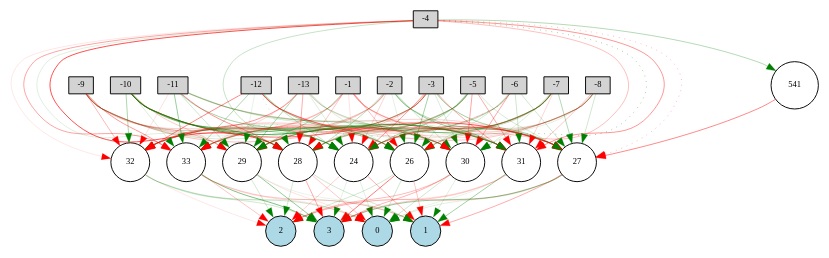
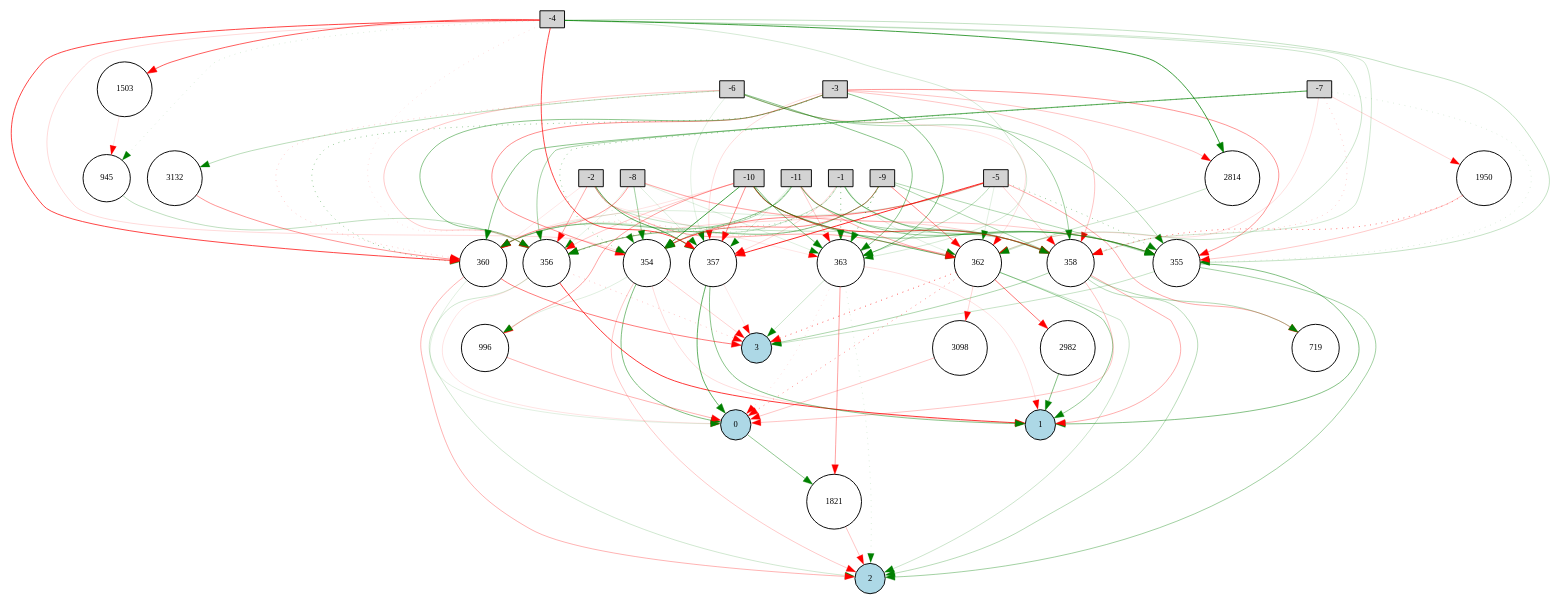
One commit to The-lYNCAN/neat-snake changed the diagram in output_viz/Digraph.gv. Above: the diagram before and after it, drawn with Graphviz. The commit also changed 22 other files, not shown here.

```diff
--- a/output_viz/Digraph.gv
+++ b/output_viz/Digraph.gv
@@ -11,175 +11,160 @@
 	-9 [fillcolor=lightgray shape=box style=filled]
 	-10 [fillcolor=lightgray shape=box style=filled]
 	-11 [fillcolor=lightgray shape=box style=filled]
-	-12 [fillcolor=lightgray shape=box style=filled]
-	-13 [fillcolor=lightgray shape=box style=filled]
 	0 [fillcolor=lightblue style=filled]
 	1 [fillcolor=lightblue style=filled]
 	2 [fillcolor=lightblue style=filled]
 	3 [fillcolor=lightblue style=filled]
-	32 [fillcolor=white style=filled]
-	33 [fillcolor=white style=filled]
-	541 [fillcolor=white style=filled]
-	24 [fillcolor=white style=filled]
-	26 [fillcolor=white style=filled]
-	27 [fillcolor=white style=filled]
-	28 [fillcolor=white style=filled]
-	29 [fillcolor=white style=filled]
-	30 [fillcolor=white style=filled]
-	31 [fillcolor=white style=filled]
-	-1 -> 24 [color=red penwidth=0.12858463529090838 style=solid]
-	-1 -> 26 [color=red penwidth=0.277647721531621 style=solid]
-	-1 -> 27 [color=red penwidth=0.2537661466646479 style=solid]
-	-1 -> 28 [color=red penwidth=0.23666079834249415 style=solid]
-	-1 -> 29 [color=green penwidth=0.3173923768585423 style=solid]
-	-1 -> 30 [color=red penwidth=0.1147538529542496 style=solid]
-	-1 -> 31 [color=red penwidth=0.35160034715117683 style=solid]
-	-1 -> 32 [color=red penwidth=0.2625541274108313 style=solid]
-	-1 -> 33 [color=red penwidth=0.23286824649798035 style=solid]
-	-2 -> 24 [color=red penwidth=0.18686086538745159 style=solid]
-	-2 -> 26 [color=green penwidth=0.11623433943348796 style=solid]
-	-2 -> 27 [color=green penwidth=0.29437677818335917 style=solid]
-	-2 -> 28 [color=green penwidth=0.2774013391378143 style=solid]
-	-2 -> 29 [color=red penwidth=0.2638523449428561 style=solid]
-	-2 -> 30 [color=green penwidth=0.20081884936892327 style=solid]
-	-2 -> 31 [color=green penwidth=0.4390237728090036 style=solid]
-	-2 -> 32 [color=green penwidth=0.15792491528004948 style=solid]
-	-2 -> 33 [color=red penwidth=0.2088245534894574 style=solid]
-	-3 -> 24 [color=red penwidth=0.4113695303223096 style=solid]
-	-3 -> 26 [color=green penwidth=0.38250963563332663 style=solid]
-	-3 -> 27 [color=green penwidth=0.38693109991894115 style=solid]
-	-3 -> 28 [color=red penwidth=0.21652787029871828 style=solid]
-	-3 -> 29 [color=red penwidth=0.169429471842528 style=solid]
-	-3 -> 30 [color=green penwidth=0.16512242929552462 style=solid]
-	-3 -> 31 [color=red penwidth=0.3622465282489631 style=solid]
-	-3 -> 32 [color=red penwidth=0.4401090276782157 style=solid]
-	-3 -> 33 [color=green penwidth=0.3846871334277848 style=solid]
-	-4 -> 24 [color=green penwidth=0.23730484662123788 style=solid]
-	-4 -> 26 [color=red penwidth=0.2746535987565534 style=solid]
-	-4 -> 27 [color=red penwidth=0.3009243852221146 style=dotted]
-	-4 -> 28 [color=red penwidth=0.7339521249031432 style=solid]
-	-4 -> 29 [color=green penwidth=0.13989100794756187 style=solid]
-	-4 -> 30 [color=green penwidth=0.4002209694994884 style=dotted]
-	-4 -> 31 [color=red penwidth=0.44002465615072195 style=solid]
-	-4 -> 32 [color=red penwidth=0.10799684862499827 style=solid]
-	-4 -> 33 [color=red penwidth=0.38390314273569615 style=solid]
-	-5 -> 24 [color=green penwidth=0.33205731326109134 style=solid]
-	-5 -> 26 [color=green penwidth=0.17151884711662102 style=solid]
-	-5 -> 27 [color=green penwidth=0.17647773503005085 style=solid]
-	-5 -> 28 [color=green penwidth=0.34430273800457656 style=solid]
-	-5 -> 29 [color=red penwidth=0.18335309341621908 style=solid]
-	-5 -> 30 [color=red penwidth=0.380131054102506 style=solid]
-	-5 -> 31 [color=red penwidth=0.35645008282364155 style=solid]
-	-5 -> 32 [color=green penwidth=0.21682765524112158 style=solid]
-	-5 -> 33 [color=green penwidth=0.21019314390510713 style=solid]
-	-6 -> 24 [color=green penwidth=0.2614341829054162 style=solid]
-	-6 -> 26 [color=green penwidth=0.1763191232832459 style=solid]
-	-6 -> 27 [color=green penwidth=0.2124329426572299 style=solid]
-	-6 -> 28 [color=green penwidth=0.12506731775168253 style=solid]
-	-6 -> 29 [color=red penwidth=0.1374397247092814 style=solid]
-	-6 -> 30 [color=red penwidth=0.3636771249610361 style=solid]
-	-6 -> 31 [color=green penwidth=0.2086587977251118 style=solid]
-	-6 -> 32 [color=green penwidth=0.25849754752250387 style=dotted]
-	-6 -> 33 [color=red penwidth=0.12502971160571016 style=solid]
-	-7 -> 24 [color=red penwidth=0.6116234025938683 style=solid]
-	-7 -> 26 [color=green penwidth=0.23567087554900443 style=solid]
-	-7 -> 27 [color=green penwidth=0.3185239363218096 style=solid]
-	-7 -> 28 [color=green penwidth=0.18288351568691938 style=solid]
-	-7 -> 29 [color=green penwidth=0.47765889351090585 style=solid]
-	-7 -> 30 [color=green penwidth=0.15233401624037166 style=solid]
-	-7 -> 31 [color=red penwidth=0.17906351427916345 style=solid]
-	-7 -> 32 [color=green penwidth=0.1412295974471915 style=solid]
-	-7 -> 33 [color=red penwidth=0.11156439088500297 style=solid]
-	-8 -> 24 [color=green penwidth=0.17151950797194132 style=solid]
-	-8 -> 26 [color=red penwidth=0.11451882746344937 style=solid]
-	-8 -> 27 [color=green penwidth=0.20150853480895103 style=solid]
-	-8 -> 28 [color=red penwidth=0.24488371272979473 style=solid]
-	-8 -> 29 [color=green penwidth=0.23064278378623274 style=solid]
-	-8 -> 30 [color=green penwidth=0.11711780500580975 style=solid]
-	-8 -> 31 [color=red penwidth=0.23427797744444967 style=solid]
-	-8 -> 32 [color=red penwidth=0.24288857138069703 style=solid]
-	-8 -> 33 [color=red penwidth=0.14577145152823387 style=solid]
-	-9 -> 24 [color=green penwidth=0.3116374241263591 style=solid]
-	-9 -> 26 [color=red penwidth=0.2770938775325949 style=solid]
-	-9 -> 27 [color=red penwidth=0.2834542734144196 style=solid]
-	-9 -> 28 [color=red penwidth=0.2331096876905101 style=solid]
-	-9 -> 29 [color=red penwidth=0.25390822273655345 style=solid]
-	-9 -> 30 [color=green penwidth=0.11714508829642528 style=solid]
-	-9 -> 31 [color=green penwidth=0.17455240557953422 style=solid]
-	-9 -> 32 [color=red penwidth=0.2981539537996126 style=solid]
-	-9 -> 33 [color=red penwidth=0.41929419010154545 style=solid]
-	-10 -> 24 [color=green penwidth=0.17071938252523744 style=solid]
-	-10 -> 26 [color=red penwidth=0.21572011308248784 style=solid]
-	-10 -> 27 [color=red penwidth=0.5459459871504471 style=solid]
-	-10 -> 28 [color=green penwidth=0.5962187743500782 style=solid]
-	-10 -> 29 [color=red penwidth=0.23180201887471494 style=solid]
-	-10 -> 30 [color=green penwidth=0.48783819677893203 style=solid]
-	-10 -> 31 [color=green penwidth=0.7195995017528435 style=solid]
-	-10 -> 32 [color=green penwidth=0.35100426476981605 style=solid]
-	-10 -> 33 [color=green penwidth=0.1535374934194096 style=solid]
-	-11 -> 24 [color=green penwidth=0.3606520813179268 style=solid]
-	-11 -> 26 [color=green penwidth=0.1837150846543223 style=solid]
-	-11 -> 27 [color=red penwidth=0.1948621448231898 style=solid]
-	-11 -> 28 [color=red penwidth=0.4542618988526197 style=solid]
-	-11 -> 29 [color=green penwidth=0.21168125787356357 style=solid]
-	-11 -> 30 [color=green penwidth=0.3169944475965776 style=solid]
-	-11 -> 31 [color=green penwidth=0.15457646012278697 style=solid]
-	-11 -> 32 [color=red penwidth=0.1320027447756248 style=solid]
-	-11 -> 33 [color=green penwidth=0.4248738041248564 style=solid]
-	-12 -> 24 [color=green penwidth=0.23954984283026126 style=solid]
-	-12 -> 26 [color=green penwidth=0.4428279651274527 style=solid]
-	-12 -> 27 [color=red penwidth=0.42155524200549366 style=solid]
-	-12 -> 28 [color=green penwidth=0.24166739850842847 style=dotted]
-	-12 -> 29 [color=green penwidth=0.10727103904644393 style=solid]
-	-12 -> 30 [color=red penwidth=0.2937921091470609 style=solid]
-	-12 -> 31 [color=red penwidth=0.25110450133948636 style=solid]
-	-12 -> 32 [color=red penwidth=0.5007409467146609 style=solid]
-	-12 -> 33 [color=green penwidth=0.3274989810045684 style=solid]
-	-13 -> 24 [color=green penwidth=0.1459377370610828 style=solid]
-	-13 -> 26 [color=green penwidth=0.1649827104908992 style=solid]
-	-13 -> 27 [color=green penwidth=0.2227654821444473 style=solid]
-	-13 -> 28 [color=red penwidth=0.3469704876295109 style=solid]
-	-13 -> 29 [color=green penwidth=0.34582102658054836 style=solid]
-	-13 -> 30 [color=red penwidth=0.14161221396242946 style=solid]
-	-13 -> 31 [color=green penwidth=0.10428327892096509 style=solid]
-	-13 -> 32 [color=red penwidth=0.43019742988380616 style=solid]
-	-13 -> 33 [color=red penwidth=0.17930238975717594 style=solid]
-	24 -> 0 [color=green penwidth=0.13717756784340077 style=solid]
-	24 -> 1 [color=red penwidth=0.3152820735550511 style=solid]
-	24 -> 2 [color=red penwidth=0.18780531524749766 style=solid]
-	24 -> 3 [color=green penwidth=0.1154560432384728 style=solid]
-	26 -> 0 [color=green penwidth=0.20356237871876418 style=solid]
-	26 -> 1 [color=red penwidth=0.24099410977342814 style=solid]
-	26 -> 2 [color=green penwidth=0.20164700055257392 style=solid]
-	26 -> 3 [color=red penwidth=0.5469674336994885 style=solid]
-	27 -> 0 [color=green penwidth=0.13267553952216599 style=solid]
-	27 -> 1 [color=red penwidth=0.3479544177965 style=solid]
-	27 -> 2 [color=red penwidth=0.21778268117120925 style=solid]
-	27 -> 3 [color=green penwidth=0.42885222099435827 style=solid]
-	28 -> 0 [color=red penwidth=0.22500307373920744 style=solid]
-	28 -> 1 [color=green penwidth=0.21007816789576078 style=solid]
-	28 -> 2 [color=green penwidth=0.1893371126668132 style=solid]
-	28 -> 3 [color=red penwidth=0.3541293123603544 style=solid]
-	29 -> 0 [color=red penwidth=0.13408211334288728 style=solid]
-	29 -> 1 [color=green penwidth=0.1021831465285741 style=solid]
-	29 -> 2 [color=green penwidth=0.19105551931442782 style=solid]
-	29 -> 3 [color=green penwidth=0.4436020960116376 style=solid]
-	30 -> 0 [color=green penwidth=0.19667487443994736 style=solid]
-	30 -> 1 [color=green penwidth=0.14061213587993784 style=solid]
-	30 -> 2 [color=red penwidth=0.28613516411976153 style=solid]
-	30 -> 3 [color=red penwidth=0.31855331998593317 style=solid]
-	31 -> 0 [color=green penwidth=0.10063000127389701 style=solid]
-	31 -> 1 [color=green penwidth=0.390008696517841 style=solid]
-	31 -> 2 [color=red penwidth=0.16548715238180323 style=solid]
-	31 -> 3 [color=red penwidth=0.20890945602371241 style=solid]
-	32 -> 0 [color=green penwidth=0.21212497481464282 style=solid]
-	32 -> 1 [color=green penwidth=0.11913819678020639 style=solid]
-	32 -> 2 [color=red penwidth=0.11137333375094331 style=solid]
-	32 -> 3 [color=green penwidth=0.19647214957164724 style=solid]
-	33 -> 0 [color=red penwidth=0.14234697178801903 style=solid]
-	33 -> 1 [color=red penwidth=0.24393127432252637 style=solid]
-	33 -> 2 [color=red penwidth=0.2508334035483217 style=solid]
-	33 -> 3 [color=green penwidth=0.5180316423865264 style=solid]
-	-4 -> 541 [color=green penwidth=0.314094512907246 style=solid]
-	541 -> 27 [color=red penwidth=0.49278984664281444 style=solid]
+	3098 [fillcolor=white style=filled]
+	1821 [fillcolor=white style=filled]
+	1950 [fillcolor=white style=filled]
+	2982 [fillcolor=white style=filled]
+	945 [fillcolor=white style=filled]
+	3132 [fillcolor=white style=filled]
+	719 [fillcolor=white style=filled]
+	1503 [fillcolor=white style=filled]
+	354 [fillcolor=white style=filled]
+	355 [fillcolor=white style=filled]
+	356 [fillcolor=white style=filled]
+	357 [fillcolor=white style=filled]
+	358 [fillcolor=white style=filled]
+	996 [fillcolor=white style=filled]
+	360 [fillcolor=white style=filled]
+	362 [fillcolor=white style=filled]
+	363 [fillcolor=white style=filled]
+	2814 [fillcolor=white style=filled]
+	-1 -> 354 [color=green penwidth=0.33145252291990995 style=dotted]
+	-1 -> 355 [color=green penwidth=0.3723883011745037 style=solid]
+	-1 -> 356 [color=green penwidth=0.20873606791536858 style=dotted]
+	-1 -> 357 [color=red penwidth=0.17785224341957795 style=solid]
+	-1 -> 358 [color=green penwidth=0.4108867564986818 style=solid]
+	-1 -> 360 [color=green penwidth=0.22930419058522605 style=solid]
+	-1 -> 362 [color=green penwidth=0.1250848421724449 style=solid]
+	-1 -> 363 [color=green penwidth=0.6020251594534246 style=dotted]
+	-2 -> 354 [color=green penwidth=0.2235237223275265 style=dotted]
+	-2 -> 356 [color=red penwidth=0.3513105436249099 style=solid]
+	-2 -> 357 [color=green penwidth=0.6786142072834206 style=solid]
+	-2 -> 358 [color=green penwidth=0.24386992282996933 style=solid]
+	-2 -> 360 [color=red penwidth=0.11424396105950459 style=solid]
+	-2 -> 362 [color=red penwidth=0.37254688693666715 style=solid]
+	-2 -> 363 [color=red penwidth=0.11098845952271853 style=solid]
+	-3 -> 354 [color=red penwidth=0.47115791928486206 style=solid]
+	-3 -> 355 [color=red penwidth=0.4370104938284288 style=solid]
+	-3 -> 356 [color=green penwidth=0.4805152665336334 style=solid]
+	-3 -> 357 [color=red penwidth=0.1500124591920235 style=solid]
+	-3 -> 358 [color=red penwidth=0.25352479236357967 style=solid]
+	-3 -> 360 [color=green penwidth=0.45245018616300603 style=dotted]
+	-3 -> 363 [color=green penwidth=0.5215921814142648 style=solid]
+	-4 -> 354 [color=red penwidth=0.16329031290067858 style=solid]
+	-4 -> 355 [color=green penwidth=0.24784861012488088 style=solid]
+	-4 -> 356 [color=red penwidth=0.13957211516414442 style=dotted]
+	-4 -> 357 [color=red penwidth=0.7503417979603692 style=solid]
+	-4 -> 358 [color=green penwidth=0.2031284875956117 style=solid]
+	-4 -> 360 [color=red penwidth=0.7653581789233287 style=solid]
+	-4 -> 362 [color=green penwidth=0.22186080778794753 style=solid]
+	-4 -> 363 [color=green penwidth=0.17734556452585376 style=solid]
+	-5 -> 354 [color=red penwidth=0.5075681780343184 style=solid]
+	-5 -> 355 [color=green penwidth=0.42436113252553254 style=dotted]
+	-5 -> 356 [color=red penwidth=0.16871155035992502 style=solid]
+	-5 -> 357 [color=red penwidth=0.9032218007526038 style=solid]
+	-5 -> 358 [color=red penwidth=0.18627355045443644 style=solid]
+	-5 -> 360 [color=green penwidth=0.14555829926765465 style=solid]
+	-5 -> 362 [color=green penwidth=0.13446229037641277 style=solid]
+	-5 -> 363 [color=green penwidth=0.28672494817439437 style=solid]
+	-6 -> 355 [color=green penwidth=0.3225891912286538 style=solid]
+	-6 -> 356 [color=red penwidth=0.2269171659538496 style=solid]
+	-6 -> 357 [color=green penwidth=0.11808737494519443 style=solid]
+	-6 -> 358 [color=green penwidth=0.39544186589129393 style=solid]
+	-6 -> 360 [color=red penwidth=0.21827845302299898 style=dotted]
+	-6 -> 362 [color=red penwidth=0.12526802165438333 style=solid]
+	-6 -> 363 [color=green penwidth=0.4864505802432191 style=solid]
+	-7 -> 354 [color=green penwidth=0.4340418949208227 style=dotted]
+	-7 -> 355 [color=green penwidth=0.14778594464358388 style=dotted]
+	-7 -> 356 [color=green penwidth=0.37290075881772355 style=solid]
+	-7 -> 358 [color=red penwidth=0.20807284533219206 style=dotted]
+	-7 -> 360 [color=green penwidth=0.4832408736677274 style=solid]
+	-7 -> 362 [color=red penwidth=0.13969303327136218 style=solid]
+	-8 -> 354 [color=green penwidth=0.404425950191986 style=solid]
+	-8 -> 355 [color=red penwidth=0.22754359478887737 style=solid]
+	-8 -> 356 [color=green penwidth=0.11255291943267079 style=solid]
+	-8 -> 357 [color=green penwidth=0.1374406370273115 style=solid]
+	-8 -> 358 [color=red penwidth=0.19757189741469927 style=solid]
+	-8 -> 360 [color=red penwidth=0.409476645347971 style=solid]
+	-8 -> 363 [color=green penwidth=0.14024070046930864 style=solid]
+	-9 -> 354 [color=red penwidth=0.47571201375069405 style=solid]
+	-9 -> 355 [color=green penwidth=0.3312789033542215 style=solid]
+	-9 -> 356 [color=green penwidth=0.5129890094757128 style=solid]
+	-9 -> 358 [color=green penwidth=0.3439986849306237 style=solid]
+	-9 -> 360 [color=red penwidth=0.2465279126079708 style=dotted]
+	-9 -> 362 [color=red penwidth=0.4937228482503959 style=solid]
+	-9 -> 363 [color=green penwidth=0.7342000843171291 style=dotted]
+	-10 -> 354 [color=green penwidth=0.7898257413523581 style=solid]
+	-10 -> 355 [color=green penwidth=0.465151470955111 style=solid]
+	-10 -> 356 [color=red penwidth=0.21914088433854798 style=solid]
+	-10 -> 357 [color=red penwidth=0.4749669090629278 style=solid]
+	-10 -> 358 [color=red penwidth=0.731384797066749 style=solid]
+	-10 -> 360 [color=red penwidth=0.12080837730329502 style=solid]
+	-10 -> 362 [color=green penwidth=0.6179763473429055 style=solid]
+	-10 -> 363 [color=green penwidth=0.5037254033404006 style=solid]
+	-11 -> 354 [color=green penwidth=0.29284345932169076 style=solid]
+	-11 -> 355 [color=green penwidth=0.4381620560669216 style=solid]
+	-11 -> 356 [color=green penwidth=0.41411127301545325 style=dotted]
+	-11 -> 357 [color=green penwidth=0.12075447429221373 style=solid]
+	-11 -> 358 [color=green penwidth=0.3560653335331191 style=solid]
+	-11 -> 360 [color=green penwidth=0.47236077146650857 style=solid]
+	-11 -> 362 [color=red penwidth=0.352656032564847 style=solid]
+	-11 -> 363 [color=red penwidth=0.22077512995718557 style=solid]
+	354 -> 0 [color=green penwidth=0.5275063907425762 style=solid]
+	354 -> 1 [color=red penwidth=0.14838098819698642 style=solid]
+	354 -> 2 [color=red penwidth=0.23018204229795325 style=solid]
+	354 -> 3 [color=red penwidth=0.18786445985813743 style=solid]
+	355 -> 1 [color=green penwidth=0.5141251086702484 style=solid]
+	355 -> 2 [color=green penwidth=0.3877850555431056 style=solid]
+	355 -> 3 [color=green penwidth=0.23697036876926322 style=solid]
+	356 -> 0 [color=red penwidth=0.11835133912249268 style=solid]
+	356 -> 1 [color=red penwidth=0.8292336011104715 style=solid]
+	356 -> 2 [color=green penwidth=0.19856113801912612 style=solid]
+	356 -> 3 [color=red penwidth=0.25557148226695925 style=dotted]
+	357 -> 0 [color=green penwidth=0.6509235394383414 style=solid]
+	357 -> 1 [color=green penwidth=0.49162864326253486 style=solid]
+	357 -> 3 [color=red penwidth=0.10444536279978114 style=solid]
+	358 -> 0 [color=red penwidth=0.253002453840295 style=solid]
+	358 -> 1 [color=red penwidth=0.3354684431206729 style=solid]
+	358 -> 2 [color=green penwidth=0.2993975881182378 style=solid]
+	358 -> 3 [color=green penwidth=0.350249034148147 style=solid]
+	360 -> 0 [color=green penwidth=0.12929278662126298 style=solid]
+	360 -> 2 [color=red penwidth=0.3248419339139282 style=solid]
+	360 -> 3 [color=red penwidth=0.55382030609441 style=solid]
+	362 -> 0 [color=red penwidth=0.4909464408818285 style=dotted]
+	362 -> 1 [color=green penwidth=0.42831058777393094 style=solid]
+	362 -> 2 [color=green penwidth=0.21596537866374124 style=solid]
+	362 -> 3 [color=red penwidth=0.7047066969108206 style=dotted]
+	363 -> 0 [color=red penwidth=0.15609259376012624 style=dotted]
+	363 -> 1 [color=red penwidth=0.13142686449114271 style=solid]
+	363 -> 2 [color=green penwidth=0.1499778782529442 style=dotted]
+	363 -> 3 [color=green penwidth=0.21913024837037465 style=solid]
+	-5 -> 719 [color=red penwidth=0.3563493915525511 style=solid]
+	-4 -> 945 [color=green penwidth=0.16415998773450713 style=dotted]
+	945 -> 356 [color=green penwidth=0.27076201479469986 style=solid]
+	354 -> 996 [color=green penwidth=0.14015160136969024 style=solid]
+	996 -> 0 [color=red penwidth=0.3289041249328081 style=solid]
+	-10 -> 996 [color=red penwidth=0.38337178278237616 style=solid]
+	-4 -> 1503 [color=red penwidth=0.6687641057407403 style=solid]
+	1503 -> 945 [color=red penwidth=0.11162903030492957 style=solid]
+	363 -> 1821 [color=red penwidth=0.38617114145169884 style=solid]
+	1821 -> 2 [color=red penwidth=0.24109015710608336 style=solid]
+	-7 -> 1950 [color=red penwidth=0.17357207524873772 style=solid]
+	1950 -> 355 [color=red penwidth=0.2334549817417236 style=solid]
+	1950 -> 358 [color=red penwidth=0.5821531377745626 style=dotted]
+	-4 -> 2814 [color=green penwidth=0.796291876660234 style=solid]
+	2814 -> 362 [color=green penwidth=0.21996155090734537 style=solid]
+	0 -> 1821 [color=green penwidth=0.4618802407742354 style=solid]
+	358 -> 719 [color=green penwidth=0.3158243753329114 style=solid]
+	-3 -> 2814 [color=red penwidth=0.2465459327566648 style=solid]
+	362 -> 2982 [color=red penwidth=0.58195342808073 style=solid]
+	2982 -> 1 [color=green penwidth=0.5179936932163811 style=solid]
+	362 -> 3098 [color=red penwidth=0.1839122359555347 style=solid]
+	3098 -> 0 [color=red penwidth=0.24983733828706303 style=solid]
+	-6 -> 3132 [color=green penwidth=0.2901143152148007 style=solid]
+	3132 -> 360 [color=red penwidth=0.4451925984764278 style=solid]
 }
```
